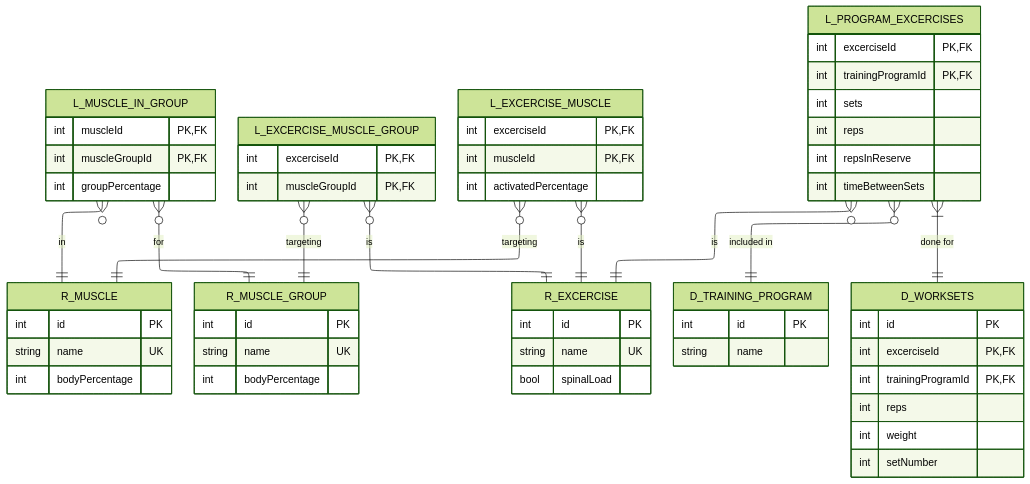
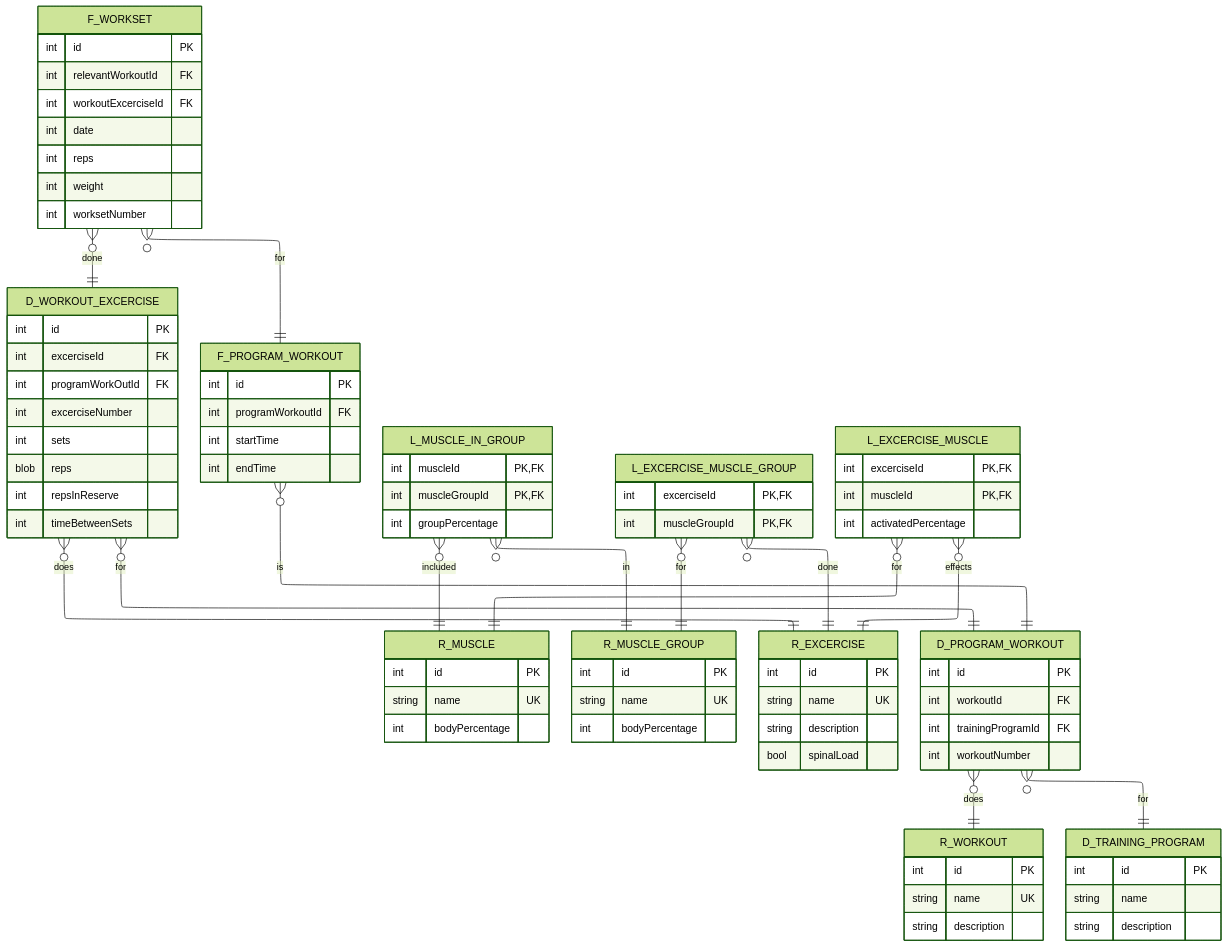
Before and after one commit to FBGFi/workout-analyzer: the diagram in README.md, drawn with Mermaid (forest theme). The commit also changed 9 other files, not shown here.

````diff
--- a/README.md
+++ b/README.md
@@ -21,56 +21,80 @@
     R_EXCERCISE {
       int id PK
       string name UK
+      string description
       bool spinalLoad
+    }
+    R_WORKOUT {
+      int id PK
+      string name UK
+      string description
     }
 
     D_TRAINING_PROGRAM {
       int id PK
       string name
+      string description
     }
-    D_WORKSETS {
+    D_PROGRAM_WORKOUT {
       int id PK
-      int excerciseId PK,FK
-      int trainingProgramId PK,FK
+      int workoutId FK
+      int trainingProgramId FK
+      int workoutNumber
+    }
+    D_PROGRAM_WORKOUT }o--|| R_WORKOUT : does
+    D_PROGRAM_WORKOUT }o--|| D_TRAINING_PROGRAM : for
+    D_WORKOUT_EXCERCISE {
+      int id PK
+      int excerciseId FK
+      int programWorkOutId FK
+      int excerciseNumber
+      int sets
+      blob reps
+      int repsInReserve
+      int timeBetweenSets
+    }
+    D_WORKOUT_EXCERCISE }o--|| R_EXCERCISE : does
+    D_WORKOUT_EXCERCISE }o--|| D_PROGRAM_WORKOUT : for
+
+    
+    F_WORKSET {
+      int id PK
+      int relevantWorkoutId FK
+      int workoutExcerciseId FK
+      int date
       int reps
       int weight
-      int setNumber
+      int worksetNumber
     }
+    F_WORKSET }o--|| D_WORKOUT_EXCERCISE : done
+    F_WORKSET }o--|| F_PROGRAM_WORKOUT : for
+    F_PROGRAM_WORKOUT {
+      int id PK
+      int programWorkoutId FK
+      int startTime
+      int endTime
+    }
+    F_PROGRAM_WORKOUT }o--|| D_PROGRAM_WORKOUT : is
 
     L_MUSCLE_IN_GROUP {
       int muscleId PK,FK
       int muscleGroupId PK,FK
       int groupPercentage
     }
-    L_MUSCLE_IN_GROUP }o--|| R_MUSCLE_GROUP : for
-    L_MUSCLE_IN_GROUP }o--|| R_MUSCLE : in
-
+    L_MUSCLE_IN_GROUP }o--|| R_MUSCLE : included
+    L_MUSCLE_IN_GROUP }o--|| R_MUSCLE_GROUP : in
     L_EXCERCISE_MUSCLE_GROUP {
       int excerciseId PK,FK
       int muscleGroupId PK,FK
     }
-    L_EXCERCISE_MUSCLE_GROUP }o--|| R_MUSCLE_GROUP : targeting
-    L_EXCERCISE_MUSCLE_GROUP }o--|| R_EXCERCISE : is
-
+    L_EXCERCISE_MUSCLE_GROUP }o--|| R_EXCERCISE : done
+    L_EXCERCISE_MUSCLE_GROUP }o--|| R_MUSCLE_GROUP : for
     L_EXCERCISE_MUSCLE {
       int excerciseId PK,FK
       int muscleId PK,FK
       int activatedPercentage
     }
-    L_EXCERCISE_MUSCLE }o--|| R_MUSCLE : targeting
-    L_EXCERCISE_MUSCLE }o--|| R_EXCERCISE : is
-
-    L_PROGRAM_EXCERCISES {
-      int excerciseId PK,FK
-      int trainingProgramId PK,FK
-      int sets
-      int reps
-      int repsInReserve
-      int timeBetweenSets
-    }
-    L_PROGRAM_EXCERCISES }o--|| D_TRAINING_PROGRAM : "included in"
-    L_PROGRAM_EXCERCISES }o--|| R_EXCERCISE : is
-    L_PROGRAM_EXCERCISES }|--|| D_WORKSETS : "done for"
-
+    L_EXCERCISE_MUSCLE }o--|| R_EXCERCISE : effects
+    L_EXCERCISE_MUSCLE }o--|| R_MUSCLE : for
 
 ```
````
